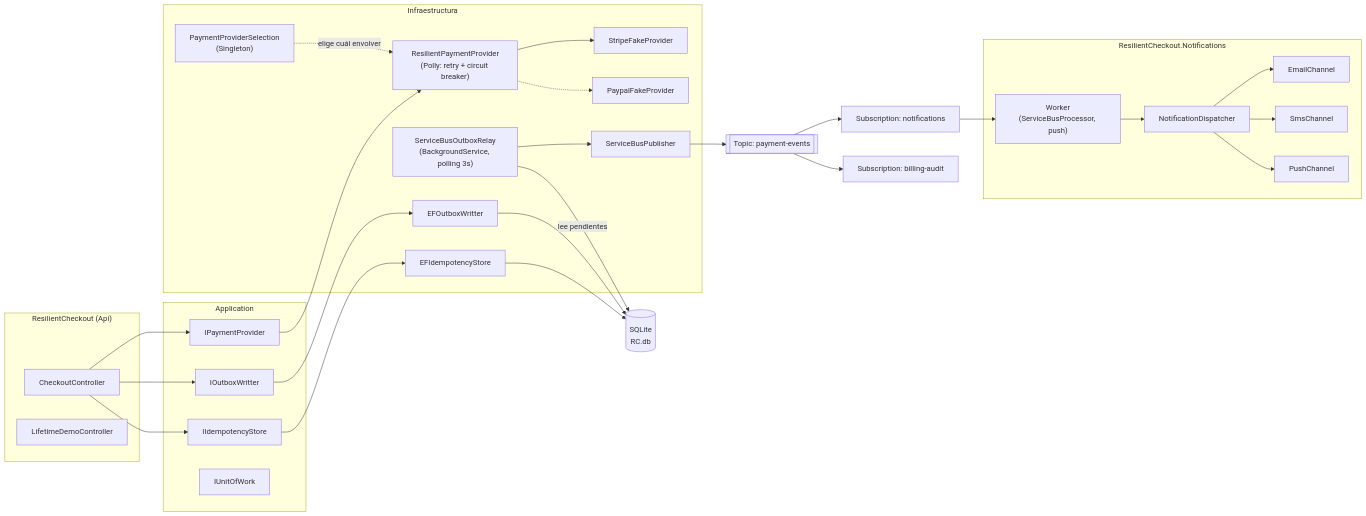
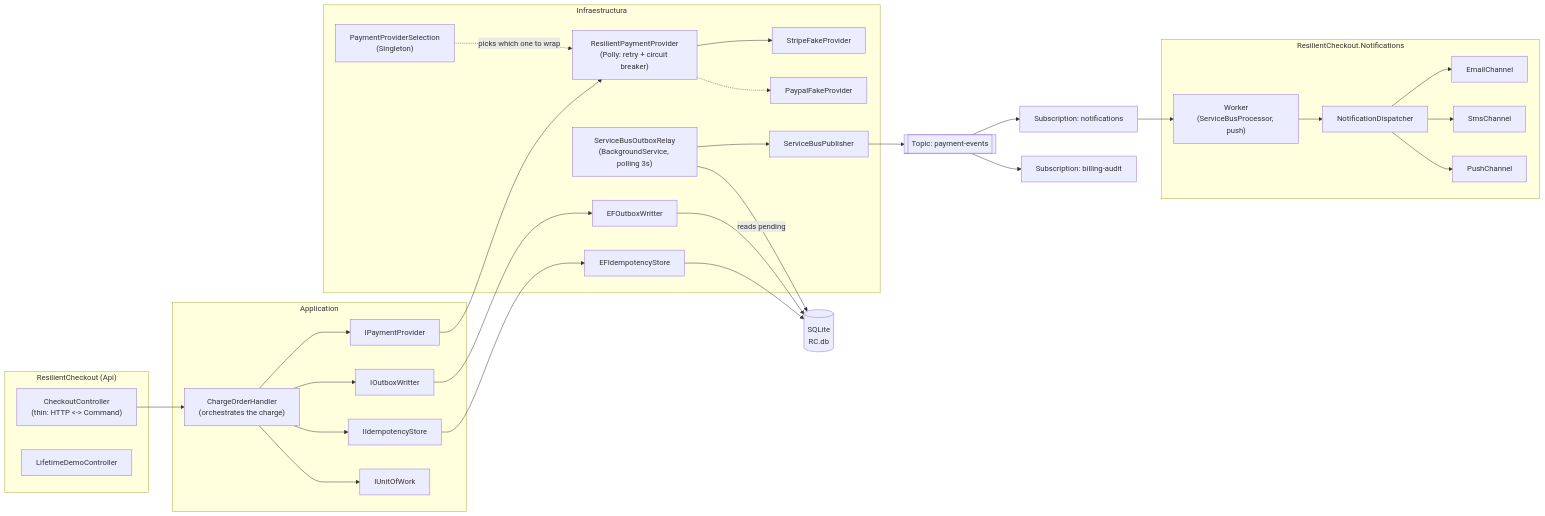
The diagram in README.md (xtylo/ResilientCheckout), drawn with Mermaid before and after one commit. The commit also changed other lines of this file and 38 other files, not shown here.

````diff
--- a/README.md
+++ b/README.md
@@ -17,55 +17,58 @@
 ```mermaid
 flowchart LR
     subgraph API["ResilientCheckout (Api)"]
-        CC["CheckoutController"]
+        CC["CheckoutController\n(thin: HTTP <-> Command)"]
         LDC["LifetimeDemoController"]
     end
 
     subgraph APP["Application"]
+        Handler["ChargeOrderHandler\n(orchestrates the charge)"]
         IPP["IPaymentProvider"]
         IIS["IIdempotencyStore"]
         IOW["IOutboxWritter"]
         IUOW["IUnitOfWork"]
     end
 
     subgraph INFRA["Infraestructura"]
         Sel["PaymentProviderSelection\n(Singleton)"]
         RPP["ResilientPaymentProvider\n(Polly: retry + circuit breaker)"]
         SFP["StripeFakeProvider"]
         PFP["PaypalFakeProvider"]
         EFI["EFIdempotencyStore"]
         EFO["EFOutboxWritter"]
         Relay["ServiceBusOutboxRelay\n(BackgroundService, polling 3s)"]
         Pub["ServiceBusPublisher"]
     end
 
     DB[("SQLite\nRC.db")]
     Topic[["Topic: payment-events"]]
     SubN["Subscription: notifications"]
     SubB["Subscription: billing-audit"]
 
     subgraph NOTIF["ResilientCheckout.Notifications"]
         Worker["Worker\n(ServiceBusProcessor, push)"]
         Disp["NotificationDispatcher"]
         Email["EmailChannel"]
         Sms["SmsChannel"]
         Push["PushChannel"]
     end
 
-    CC --> IPP --> RPP
-    Sel -.->|elige cuál envolver| RPP
+    CC --> Handler
+    Handler --> IPP --> RPP
+    Sel -.->|picks which one to wrap| RPP
     RPP --> SFP
     RPP -.-> PFP
-    CC --> IIS --> EFI --> DB
-    CC --> IOW --> EFO --> DB
+    Handler --> IIS --> EFI --> DB
+    Handler --> IOW --> EFO --> DB
+    Handler --> IUOW
 
-    Relay -->|lee pendientes| DB
+    Relay -->|reads pending| DB
     Relay --> Pub --> Topic
     Topic --> SubN
     Topic --> SubB
 
     SubN --> Worker --> Disp
     Disp --> Email
     Disp --> Sms
     Disp --> Push
 ```
````
